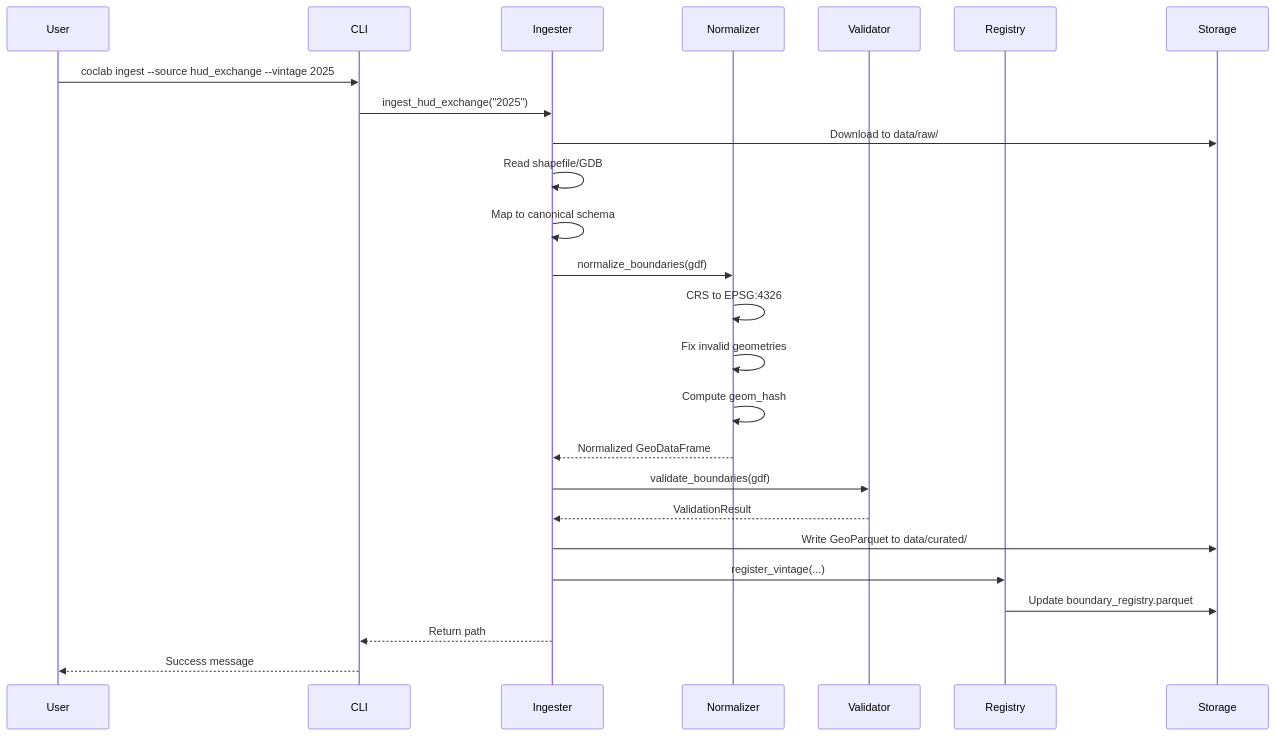
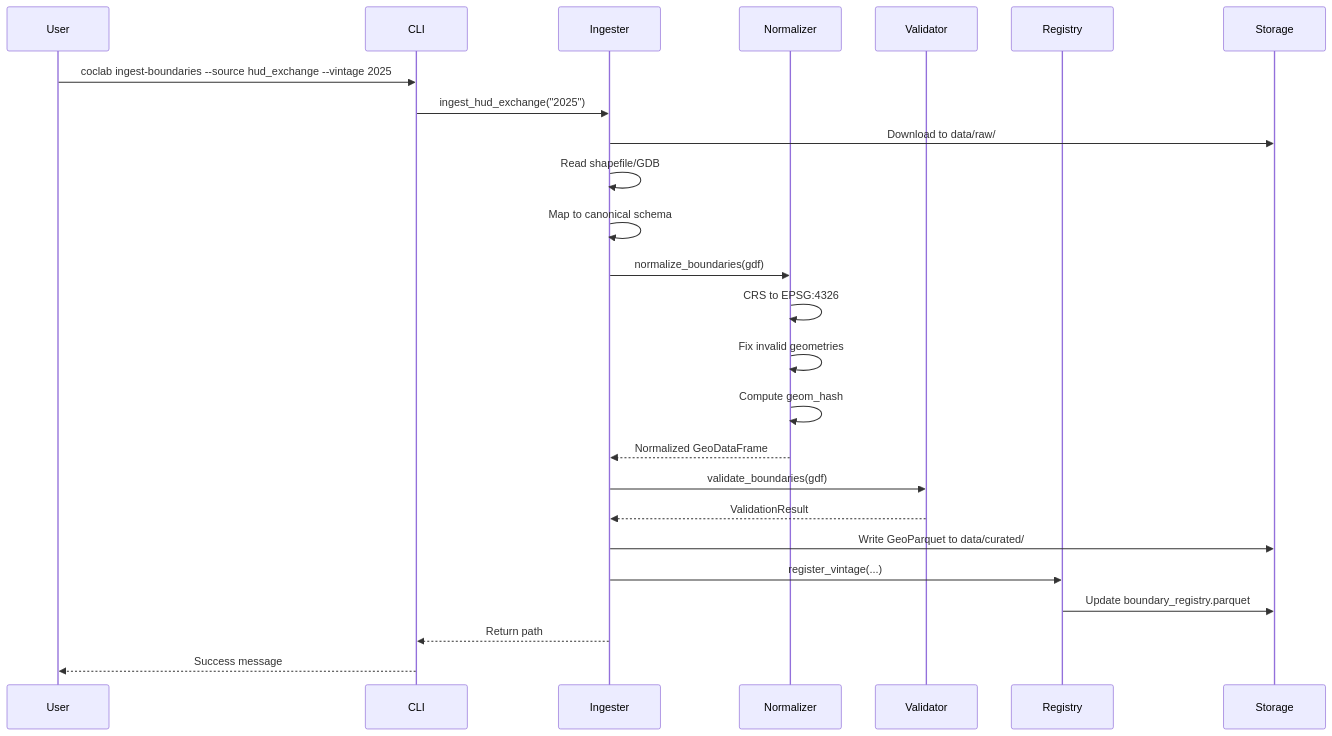
Before and after one commit to mlmcconnell1/HHP-Lab: diagram 14 of 18 in manual-obsidian/CoC-Lab-Manual.md, drawn with Mermaid. The commit also changed other lines of this file and 7 other files, not shown here.

First line of the commit message:
refactor: Rename ingest command to ingest-boundaries

````diff
--- a/manual-obsidian/CoC-Lab-Manual.md
+++ b/manual-obsidian/CoC-Lab-Manual.md
@@ -1913,28 +1913,28 @@
 ```mermaid
 sequenceDiagram
     participant User
     participant CLI
     participant Ingester
     participant Normalizer
     participant Validator
     participant Registry
     participant Storage
 
-    User->>CLI: coclab ingest --source hud_exchange --vintage 2025
+    User->>CLI: coclab ingest-boundaries --source hud_exchange --vintage 2025
     CLI->>Ingester: ingest_hud_exchange("2025")
     Ingester->>Storage: Download to data/raw/
     Ingester->>Ingester: Read shapefile/GDB
     Ingester->>Ingester: Map to canonical schema
     Ingester->>Normalizer: normalize_boundaries(gdf)
     Normalizer->>Normalizer: CRS to EPSG:4326
     Normalizer->>Normalizer: Fix invalid geometries
     Normalizer->>Normalizer: Compute geom_hash
     Normalizer-->>Ingester: Normalized GeoDataFrame
     Ingester->>Validator: validate_boundaries(gdf)
     Validator-->>Ingester: ValidationResult
     Ingester->>Storage: Write GeoParquet to data/curated/
     Ingester->>Registry: register_vintage(...)
     Registry->>Storage: Update boundary_registry.parquet
     Ingester-->>CLI: Return path
     CLI-->>User: Success message
 ```
````
